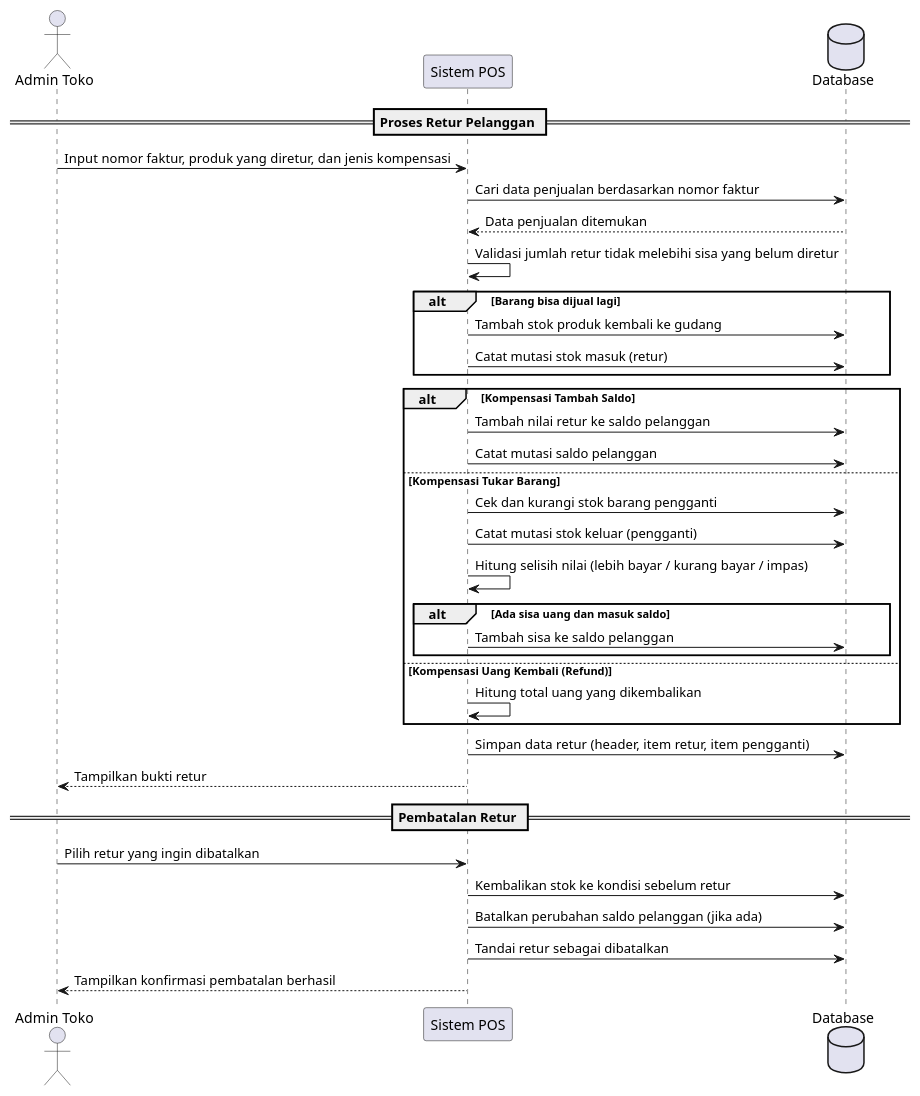
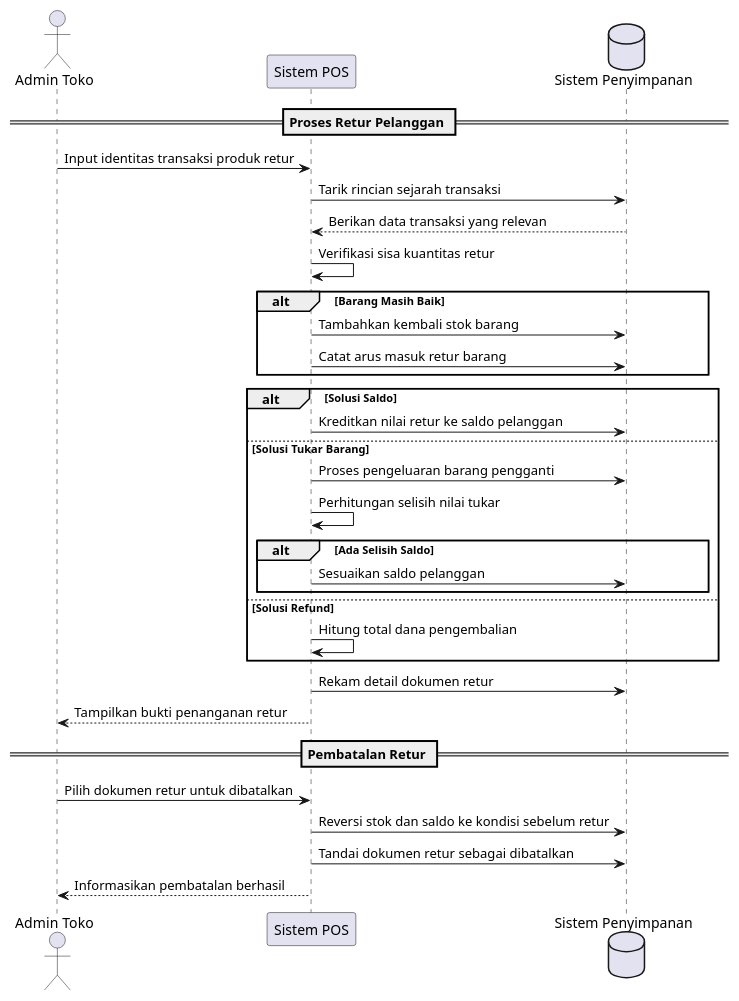
The diagram in docs/uml-sequence-return.puml (Aditiarzky/pos-app), drawn with PlantUML before and after one commit. The commit also changed 21 other files, not shown here.

```diff
--- a/docs/uml-sequence-return.puml
+++ b/docs/uml-sequence-return.puml
@@ -1,40 +1,37 @@
 @startuml
 actor "Admin Toko" as Admin
 participant "Sistem POS" as App
-database "Database" as DB
+database "Sistem Penyimpanan" as DB
 
 == Proses Retur Pelanggan ==
-Admin -> App: Input nomor faktur, produk yang diretur, dan jenis kompensasi
-App -> DB: Cari data penjualan berdasarkan nomor faktur
-DB --> App: Data penjualan ditemukan
-App -> App: Validasi jumlah retur tidak melebihi sisa yang belum diretur
+Admin -> App: Input identitas transaksi produk retur
+App -> DB: Tarik rincian sejarah transaksi
+DB --> App: Berikan data transaksi yang relevan
+App -> App: Verifikasi sisa kuantitas retur
 
-alt Barang bisa dijual lagi
-  App -> DB: Tambah stok produk kembali ke gudang
-  App -> DB: Catat mutasi stok masuk (retur)
+alt Barang Masih Baik
+  App -> DB: Tambahkan kembali stok barang
+  App -> DB: Catat arus masuk retur barang
 end
 
-alt Kompensasi Tambah Saldo
-  App -> DB: Tambah nilai retur ke saldo pelanggan
-  App -> DB: Catat mutasi saldo pelanggan
-else Kompensasi Tukar Barang
-  App -> DB: Cek dan kurangi stok barang pengganti
-  App -> DB: Catat mutasi stok keluar (pengganti)
-  App -> App: Hitung selisih nilai (lebih bayar / kurang bayar / impas)
-  alt Ada sisa uang dan masuk saldo
-    App -> DB: Tambah sisa ke saldo pelanggan
+alt Solusi Saldo
+  App -> DB: Kreditkan nilai retur ke saldo pelanggan
+else Solusi Tukar Barang
+  App -> DB: Proses pengeluaran barang pengganti
+  App -> App: Perhitungan selisih nilai tukar
+  alt Ada Selisih Saldo
+    App -> DB: Sesuaikan saldo pelanggan
   end
-else Kompensasi Uang Kembali (Refund)
-  App -> App: Hitung total uang yang dikembalikan
+else Solusi Refund
+  App -> App: Hitung total dana pengembalian
 end
 
-App -> DB: Simpan data retur (header, item retur, item pengganti)
-App --> Admin: Tampilkan bukti retur
+App -> DB: Rekam detail dokumen retur
+App --> Admin: Tampilkan bukti penanganan retur
 
 == Pembatalan Retur ==
-Admin -> App: Pilih retur yang ingin dibatalkan
-App -> DB: Kembalikan stok ke kondisi sebelum retur
-App -> DB: Batalkan perubahan saldo pelanggan (jika ada)
-App -> DB: Tandai retur sebagai dibatalkan
-App --> Admin: Tampilkan konfirmasi pembatalan berhasil
+Admin -> App: Pilih dokumen retur untuk dibatalkan
+App -> DB: Reversi stok dan saldo ke kondisi sebelum retur
+App -> DB: Tandai dokumen retur sebagai dibatalkan
+App --> Admin: Informasikan pembatalan berhasil
 @enduml
```
